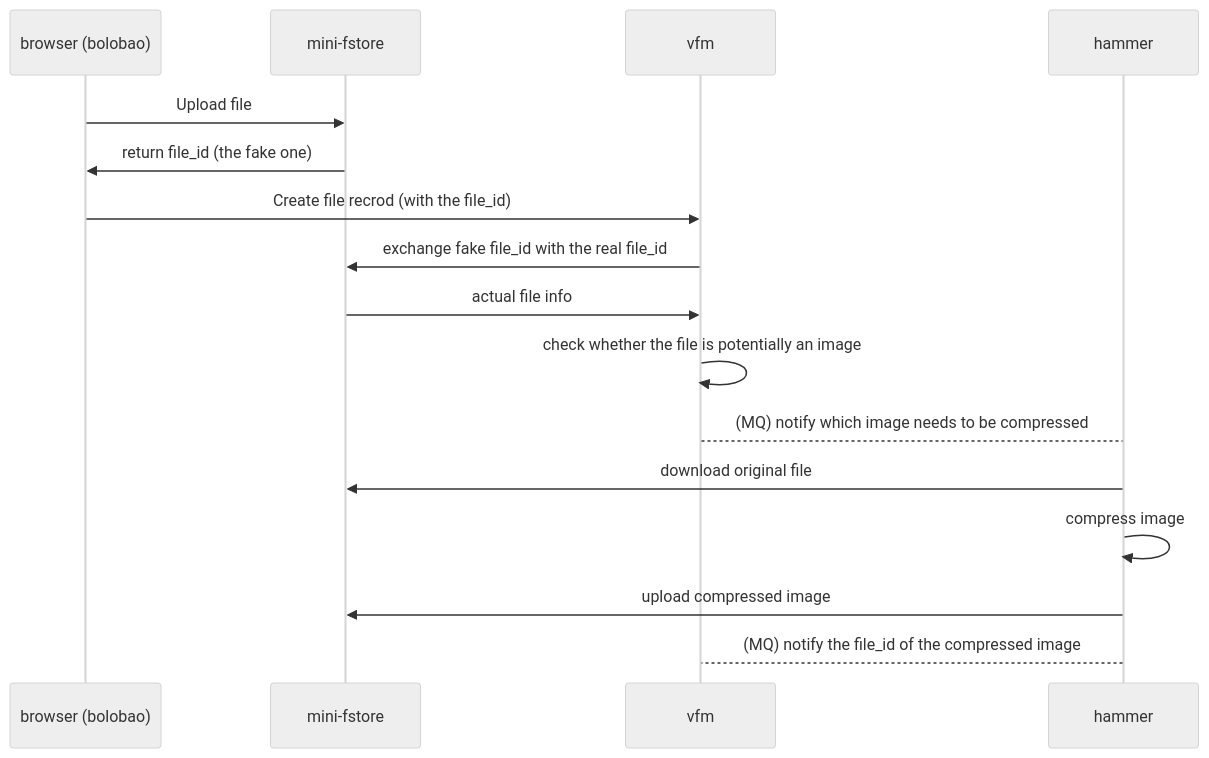
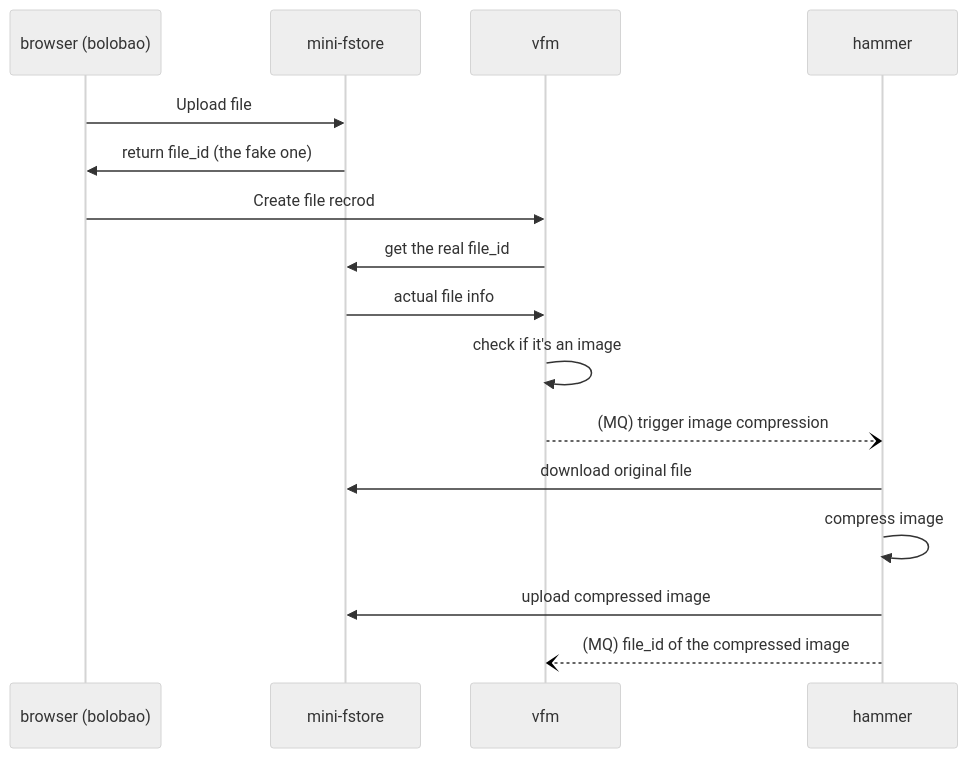
The diagram in README.md (CurtisNewbie/hammer), drawn with Mermaid (neutral theme) before and after one commit.

Commit message:
Modified:  README.md

````diff
--- a/README.md
+++ b/README.md
@@ -12,20 +12,20 @@
 ```mermaid
 sequenceDiagram
 
     participant b as browser (bolobao)
     participant m as mini-fstore
     participant v as vfm
     participant h as hammer
 
     b->>m:Upload file
     m->>b:return file_id (the fake one)
-    b->>v:Create file recrod (with the file_id)
-    v->>m:exchange fake file_id with the real file_id
+    b->>v:Create file recrod
+    v->>m:get the real file_id
     m->>v:actual file info
-    v->>v:check whether the file is potentially an image
-    v-->h:(MQ) notify which image needs to be compressed
+    v->>v:check if it's an image
+    v--)h:(MQ) trigger image compression
     h->>m:download original file
     h->>h:compress image
     h->>m:upload compressed image
-    h-->v:(MQ) notify the file_id of the compressed image
+    h--)v:(MQ) file_id of the compressed image
 ```
````
